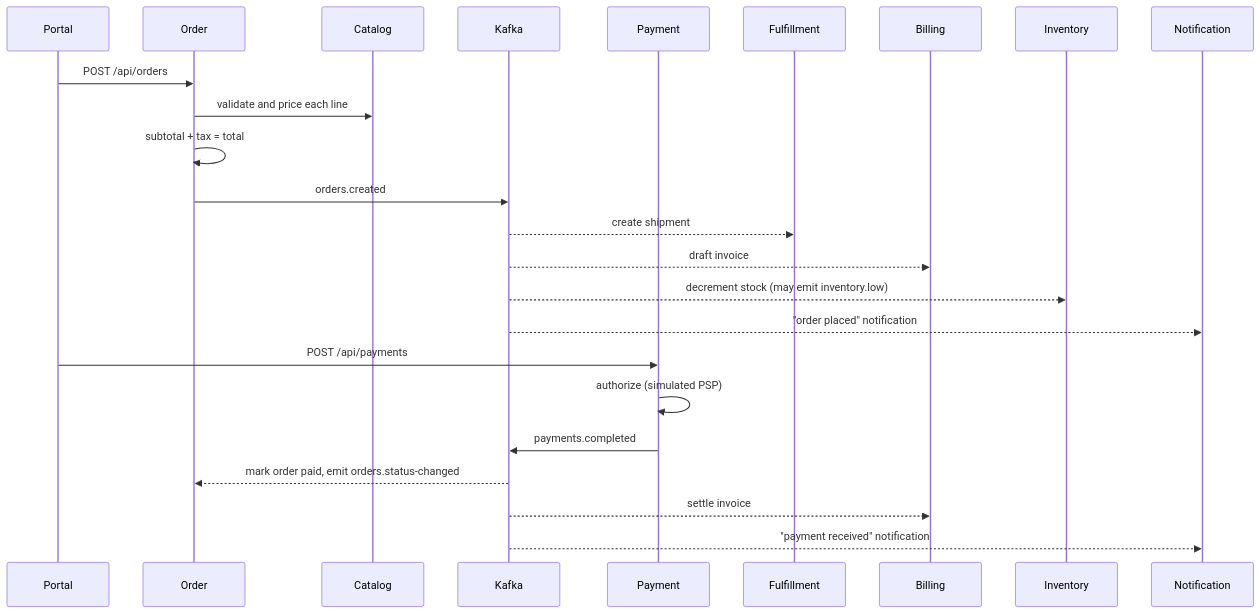
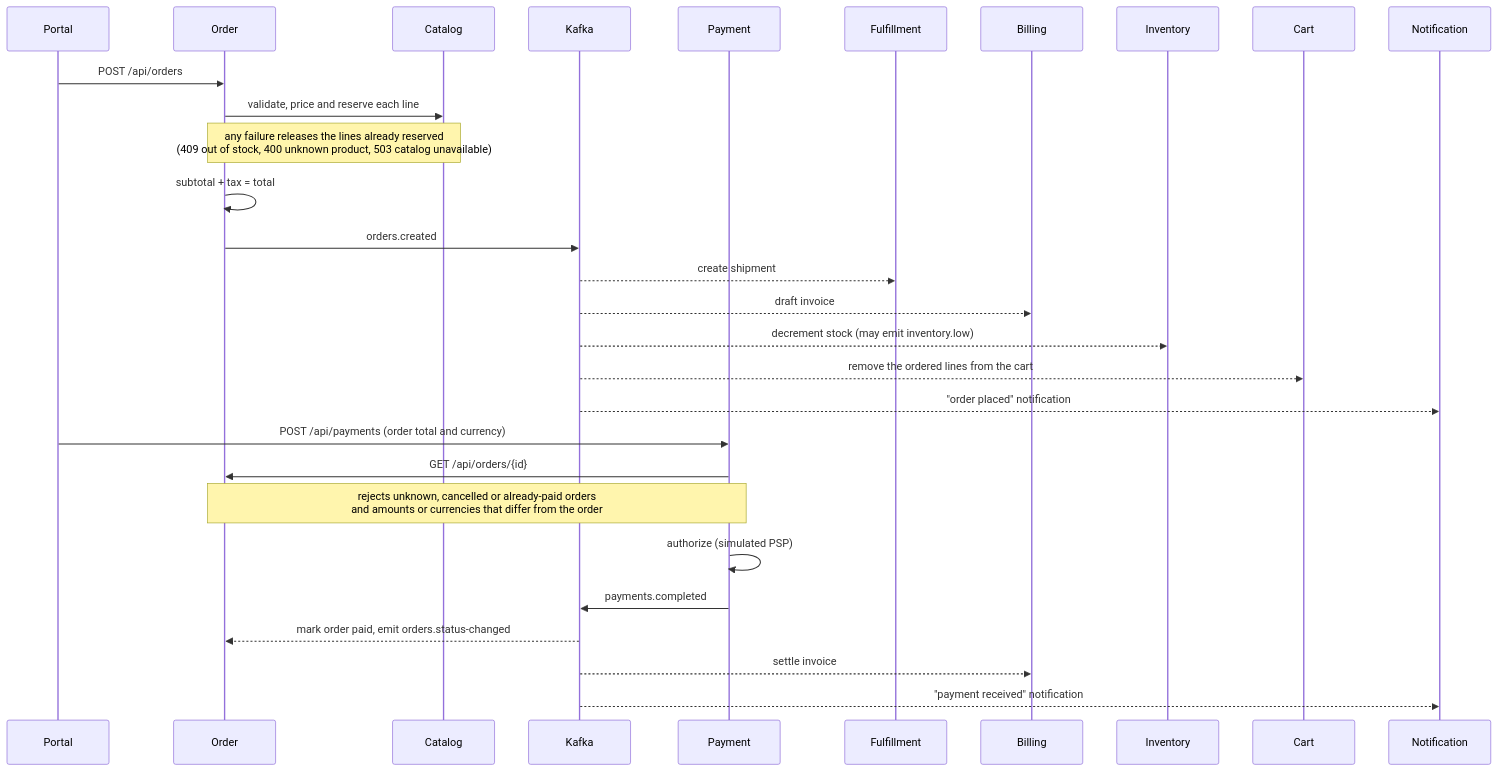
One commit to charles2ke/Nakshatra changed the fifth of 9 diagrams in docs/architecture.md. Above: the diagram before and after it, drawn with Mermaid. The commit also changed other lines of this file and 82 other files, not shown here.

````diff
--- a/docs/architecture.md
+++ b/docs/architecture.md
@@ -224,28 +228,33 @@
 ```mermaid
 sequenceDiagram
     participant P as Portal
     participant O as Order
     participant C as Catalog
     participant K as Kafka
     participant Pay as Payment
     participant F as Fulfillment
     participant B as Billing
     participant I as Inventory
+    participant Ca as Cart
     participant N as Notification
 
     P->>O: POST /api/orders
-    O->>C: validate and price each line
+    O->>C: validate, price and reserve each line
+    Note over O,C: any failure releases the lines already reserved<br/>(409 out of stock, 400 unknown product, 503 catalog unavailable)
     O->>O: subtotal + tax = total
     O->>K: orders.created
     K-->>F: create shipment
     K-->>B: draft invoice
     K-->>I: decrement stock (may emit inventory.low)
+    K-->>Ca: remove the ordered lines from the cart
     K-->>N: "order placed" notification
 
-    P->>Pay: POST /api/payments
+    P->>Pay: POST /api/payments (order total and currency)
+    Pay->>O: GET /api/orders/{id}
+    Note over Pay,O: rejects unknown, cancelled or already-paid orders<br/>and amounts or currencies that differ from the order
     Pay->>Pay: authorize (simulated PSP)
     Pay->>K: payments.completed
     K-->>O: mark order paid, emit orders.status-changed
     K-->>B: settle invoice
     K-->>N: "payment received" notification
 ```
````
